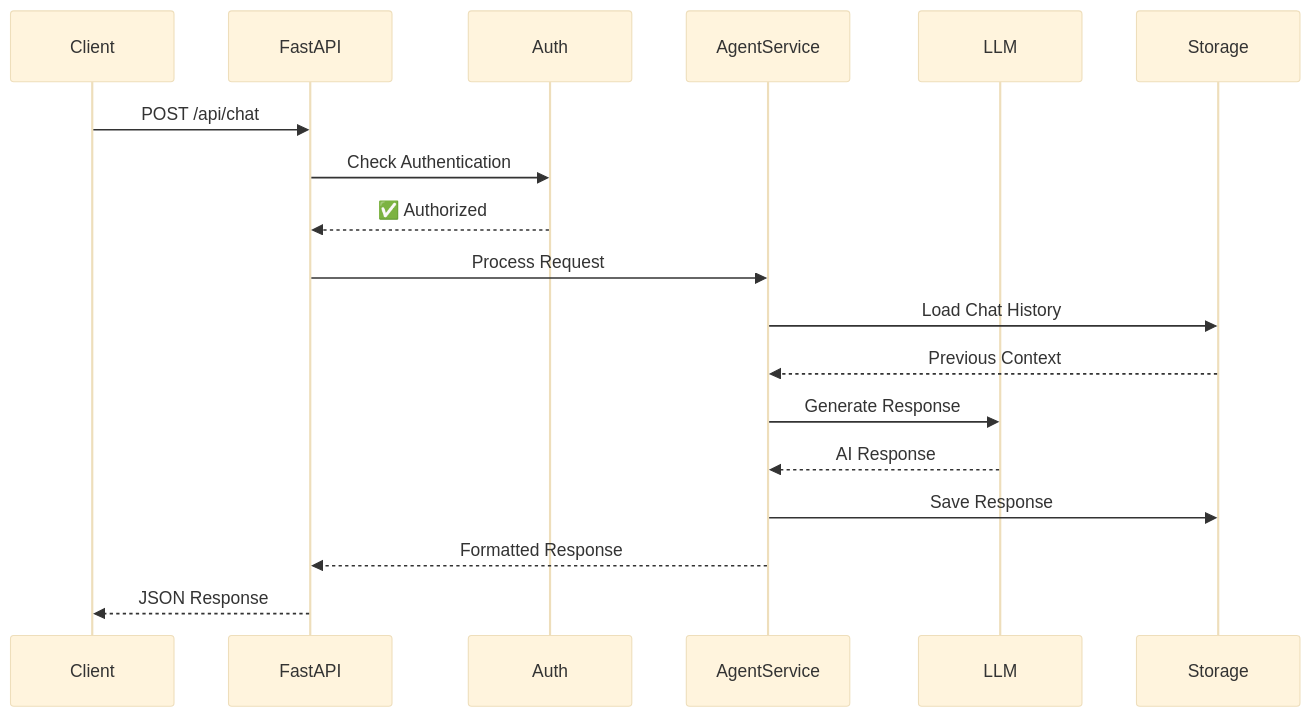
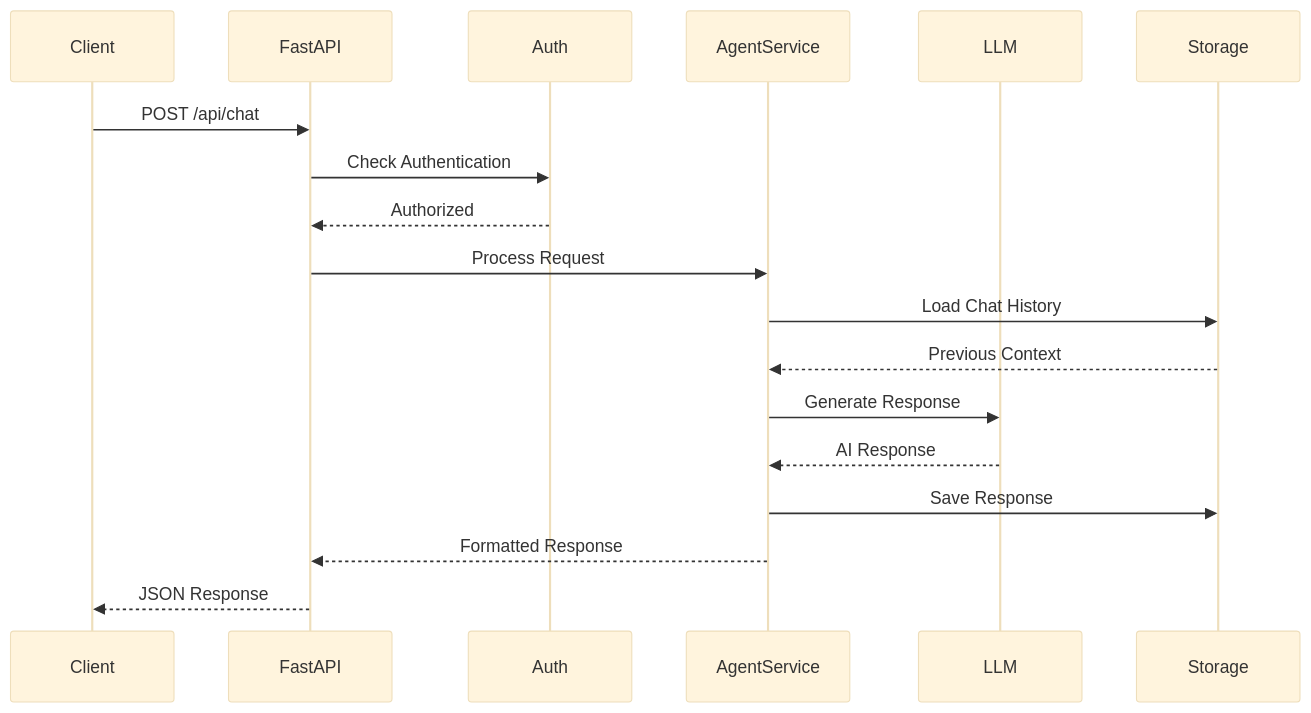
One commit to the-ingenious-dark-knight/Insight_Ingenious changed the third of 13 diagrams in docs/architecture/README.md. Above: the diagram before and after it, drawn with Mermaid (base theme). The commit also changed other lines of this file and 23 other files, not shown here.

````diff
--- a/docs/architecture/README.md
+++ b/docs/architecture/README.md
@@ -138,21 +138,21 @@
 ```mermaid
 sequenceDiagram
     participant Client
     participant FastAPI
     participant Auth
     participant AgentService
     participant LLM
     participant Storage
 
     Client->>FastAPI: POST /api/chat
     FastAPI->>Auth: Check Authentication
-    Auth-->>FastAPI: ✅ Authorized
+    Auth-->>FastAPI:  Authorized
     FastAPI->>AgentService: Process Request
     AgentService->>Storage: Load Chat History
     Storage-->>AgentService: Previous Context
     AgentService->>LLM: Generate Response
     LLM-->>AgentService: AI Response
     AgentService->>Storage: Save Response
     AgentService-->>FastAPI: Formatted Response
     FastAPI-->>Client: JSON Response
 ```
````
